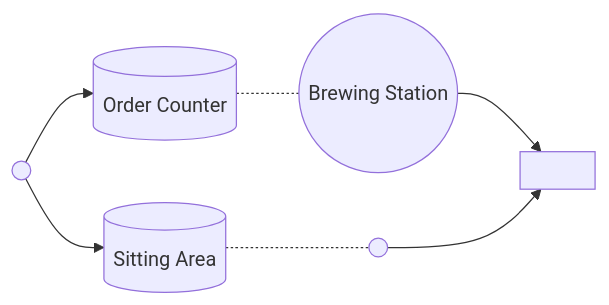
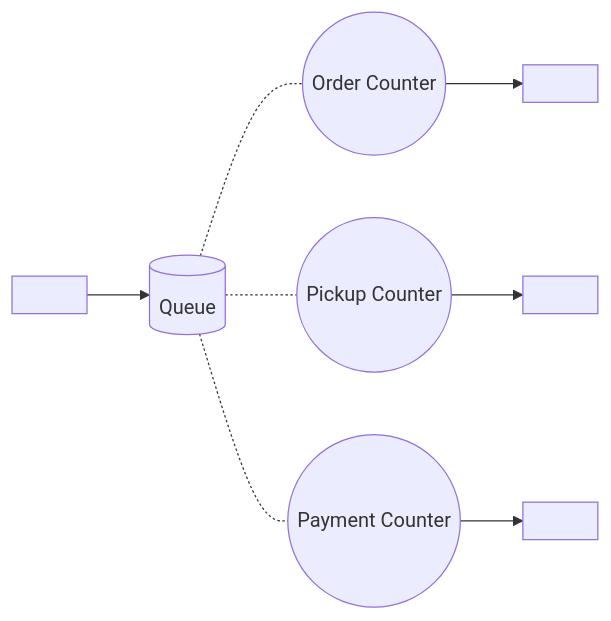
The first of 2 diagrams in Week_4/OrientationTask/WritingTask.md (MKRadius/JavaOOP), drawn with Mermaid before and after one commit. The commit also changed other lines of this file, not shown here.

````diff
--- a/Week_4/OrientationTask/WritingTask.md
+++ b/Week_4/OrientationTask/WritingTask.md
@@ -55,11 +57,13 @@
 ```mermaid
 flowchart LR
-    nowhere1[ ] --> buffer1[(Order Counter)]
+    nowhere1[ ] --> buffer1[(Queue)]
 
-    buffer1 -.- servicepoint((Brewing Station))
+    buffer1 -.- servicepoint((Order Counter))
     servicepoint --> nowhere2[ ]
 
-    nowhere1(( )) --> buffer2[(Sitting Area)]
-    buffer2 -.- servicepoint2(( ))
-    servicepoint2 --> nowhere2
+    buffer1 -.- servicepoint2((Pickup Counter))
+    servicepoint2 --> nowhere3[ ]
+
+    buffer1 -.- servicepoint3((Payment Counter))
+    servicepoint3 --> nowhere4[ ]
 ```
````
